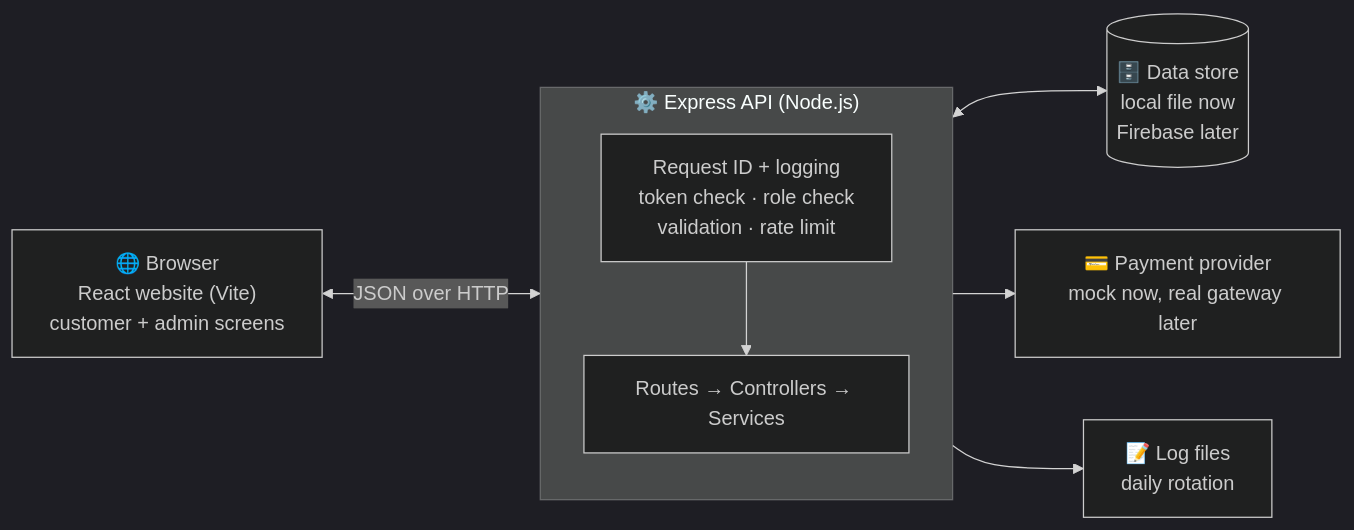
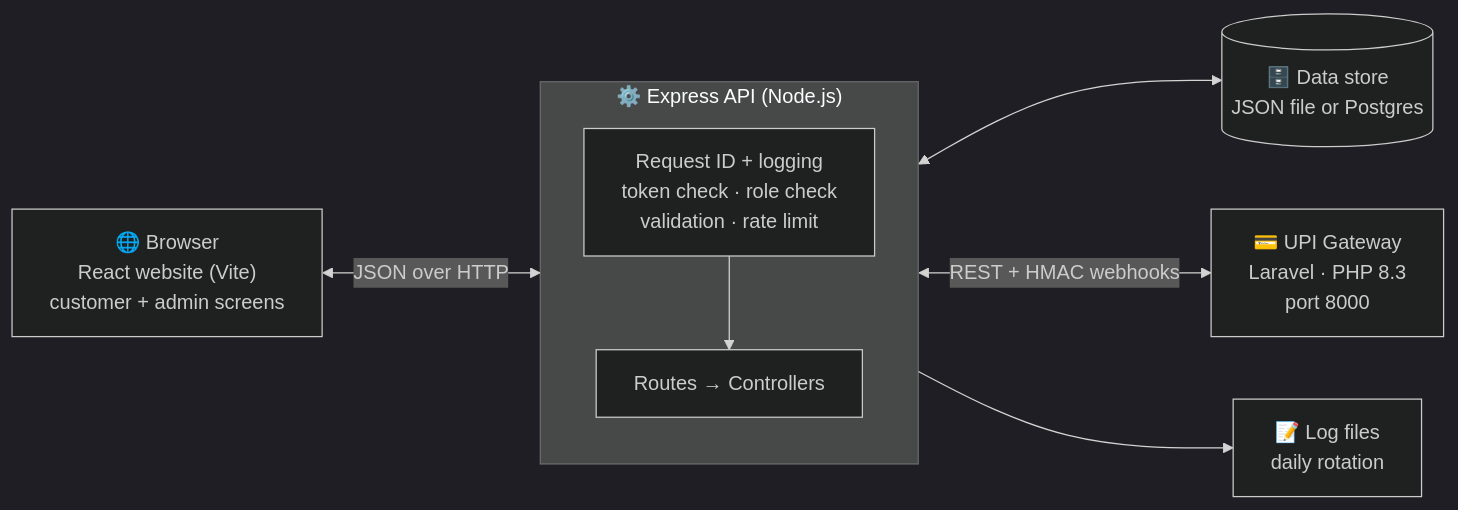
Before and after one commit to Aniket886/Grocify: the first of 4 diagrams in README.md, drawn with Mermaid (dark theme). The commit also changed other lines of this file, not shown here.

````diff
--- a/README.md
+++ b/README.md
@@ -179,15 +198,15 @@
 ```mermaid
 flowchart LR
   B["🌐 Browser<br/>React website (Vite)<br/>customer + admin screens"]
   subgraph API["⚙️ Express API (Node.js)"]
     direction TB
-    M["Request ID + logging<br/>token check · role check<br/>validation · rate limit"] --> R["Routes → Controllers → Services"]
+    M["Request ID + logging<br/>token check · role check<br/>validation · rate limit"] --> R["Routes → Controllers"]
   end
-  D[("🗄️ Data store<br/>local file now<br/>Firebase later")]
-  P["💳 Payment provider<br/>mock now, real gateway later"]
+  D[("🗄️ Data store<br/>JSON file or Postgres")]
+  G["💳 UPI Gateway<br/>Laravel · PHP 8.3<br/>port 8000"]
   L["📝 Log files<br/>daily rotation"]
   B <-->|"JSON over HTTP"| API
   API <--> D
-  API --> P
+  API <-->|"REST + HMAC webhooks"| G
   API --> L
 ```
````
